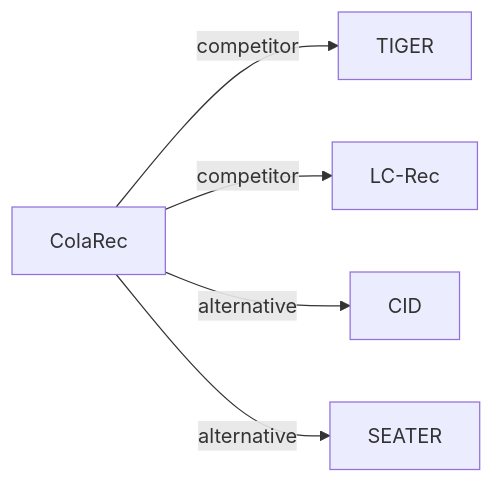
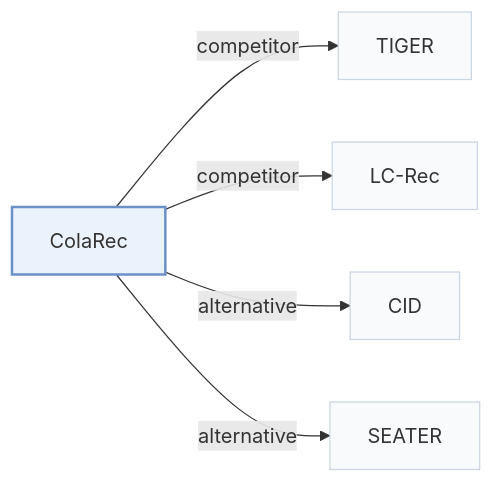
One commit to Galaxy-ghost/Awesome-SID-Generative-Rec changed the third of 3 diagrams in pages/papers/colarec.md. Above: the diagram before and after it, drawn with Mermaid. The commit also changed other lines of this file and 649 other files, not shown here.

Commit message:
writer-05: also tags and modality index (schema, check, build, visuals); summary field removed; calibration data for 12 papers

````diff
--- a/pages/papers/colarec.md
+++ b/pages/papers/colarec.md
@@ -132,8 +146,12 @@
 ```mermaid
 flowchart LR
     P["ColaRec"]
-    P -->|competitor| A["TIGER"]
-    P -->|competitor| B["LC-Rec"]
-    P -->|alternative| C["CID"]
-    P -->|alternative| D["SEATER"]
+    P -->|"competitor"| A["TIGER"]
+    P -->|"competitor"| B["LC-Rec"]
+    P -->|"alternative"| C["CID"]
+    P -->|"alternative"| D["SEATER"]
+    classDef main fill:#eaf2fb,stroke:#6b8fc7,stroke-width:2px
+    classDef peer fill:#f8fafc,stroke:#cbd5e1
+    class P main
+    class A,B,C,D peer
 ```
````
